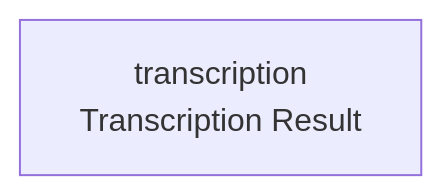
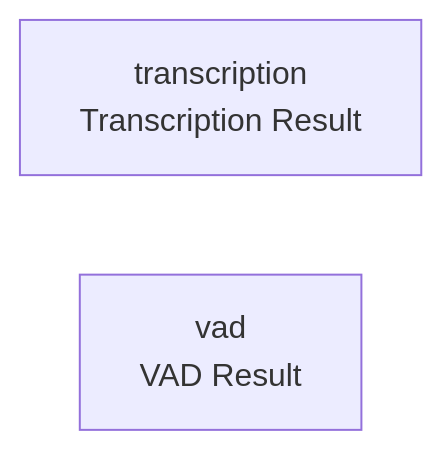
One commit to cj-mills/cjm-capability-primitives changed the diagram in README.md. Above: the diagram before and after it, drawn with Mermaid. The commit also changed other lines of this file and 2 other files, not shown here.

````diff
--- a/README.md
+++ b/README.md
@@ -21,4 +22,5 @@
 ``` mermaid
 graph LR
     transcription["transcription<br/>Transcription Result"]
+    vad["vad<br/>VAD Result"]
 ```
````
